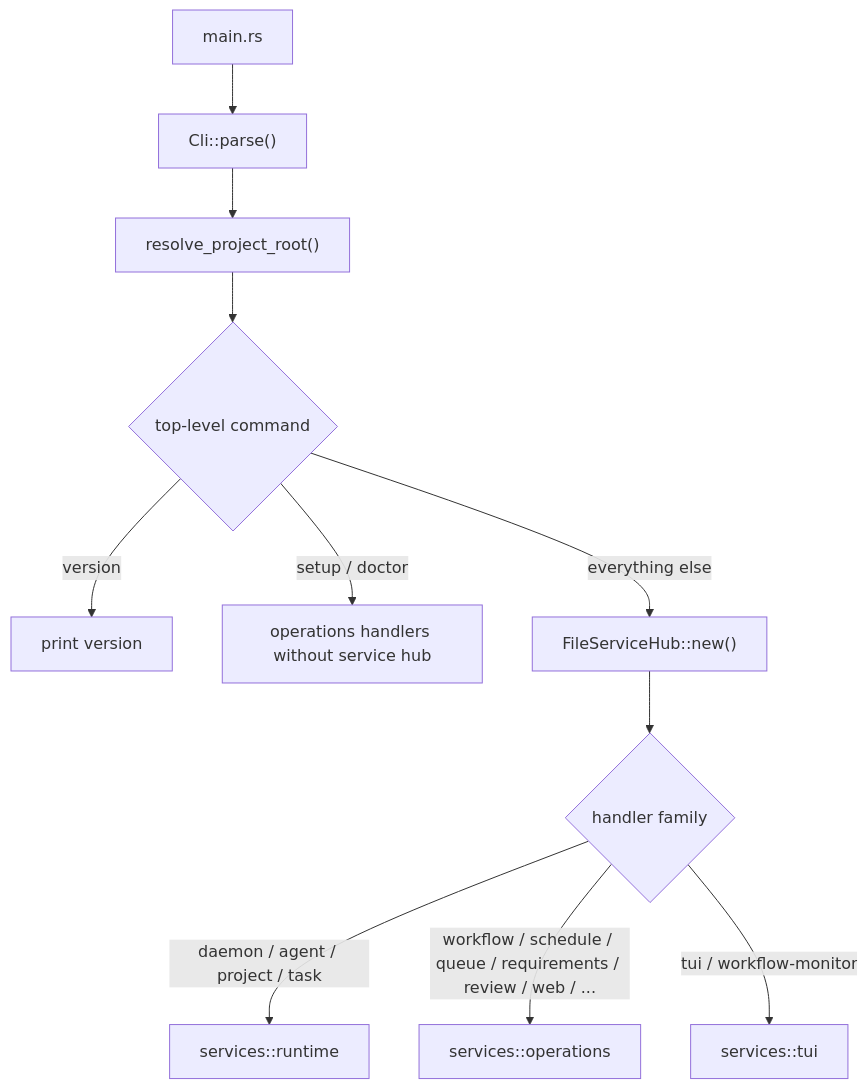
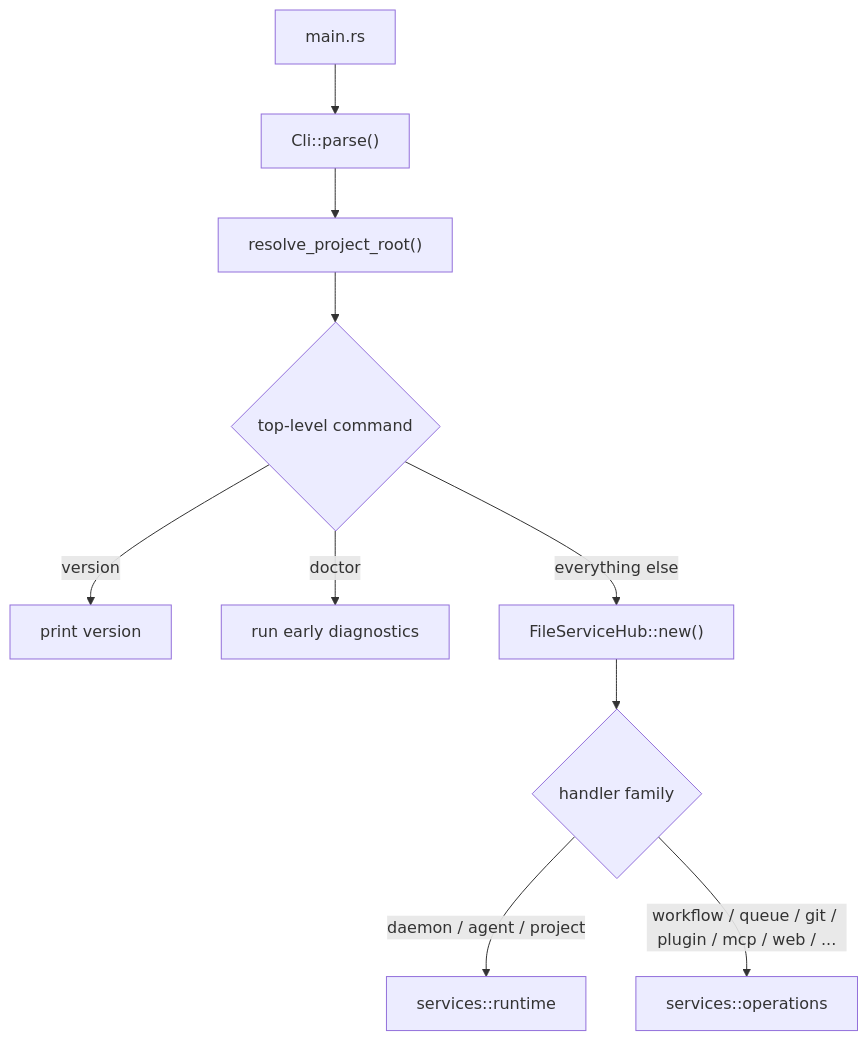
The first of 2 diagrams in crates/orchestrator-cli/README.md (launchapp-dev/ao-cli), drawn with Mermaid before and after one commit. The commit also changed other lines of this file and 2 other files, not shown here.

Commit message:
docs: drop hidden review/qa commands (removed surface) + README/runbook sync from j1 sweep

````diff
--- a/crates/orchestrator-cli/README.md
+++ b/crates/orchestrator-cli/README.md
@@ -21,15 +18,14 @@
 ```mermaid
 flowchart TD
     MAIN["main.rs"] --> PARSE["Cli::parse()"]
     PARSE --> ROOT["resolve_project_root()"]
     ROOT --> CMD{"top-level command"}
 
     CMD -->|version| VER["print version"]
-    CMD -->|setup / doctor| EARLY["operations handlers without service hub"]
+    CMD -->|doctor| EARLY["run early diagnostics"]
     CMD -->|everything else| HUB["FileServiceHub::new()"]
 
     HUB --> ROUTE{"handler family"}
-    ROUTE -->|daemon / agent / project / task| RT["services::runtime"]
-    ROUTE -->|workflow / schedule / queue / requirements / review / web / ...| OPS["services::operations"]
-    ROUTE -->|tui / workflow-monitor| TUI["services::tui"]
+    ROUTE -->|daemon / agent / project| RT["services::runtime"]
+    ROUTE -->|workflow / queue / git / plugin / mcp / web / ...| OPS["services::operations"]
 ```
````
